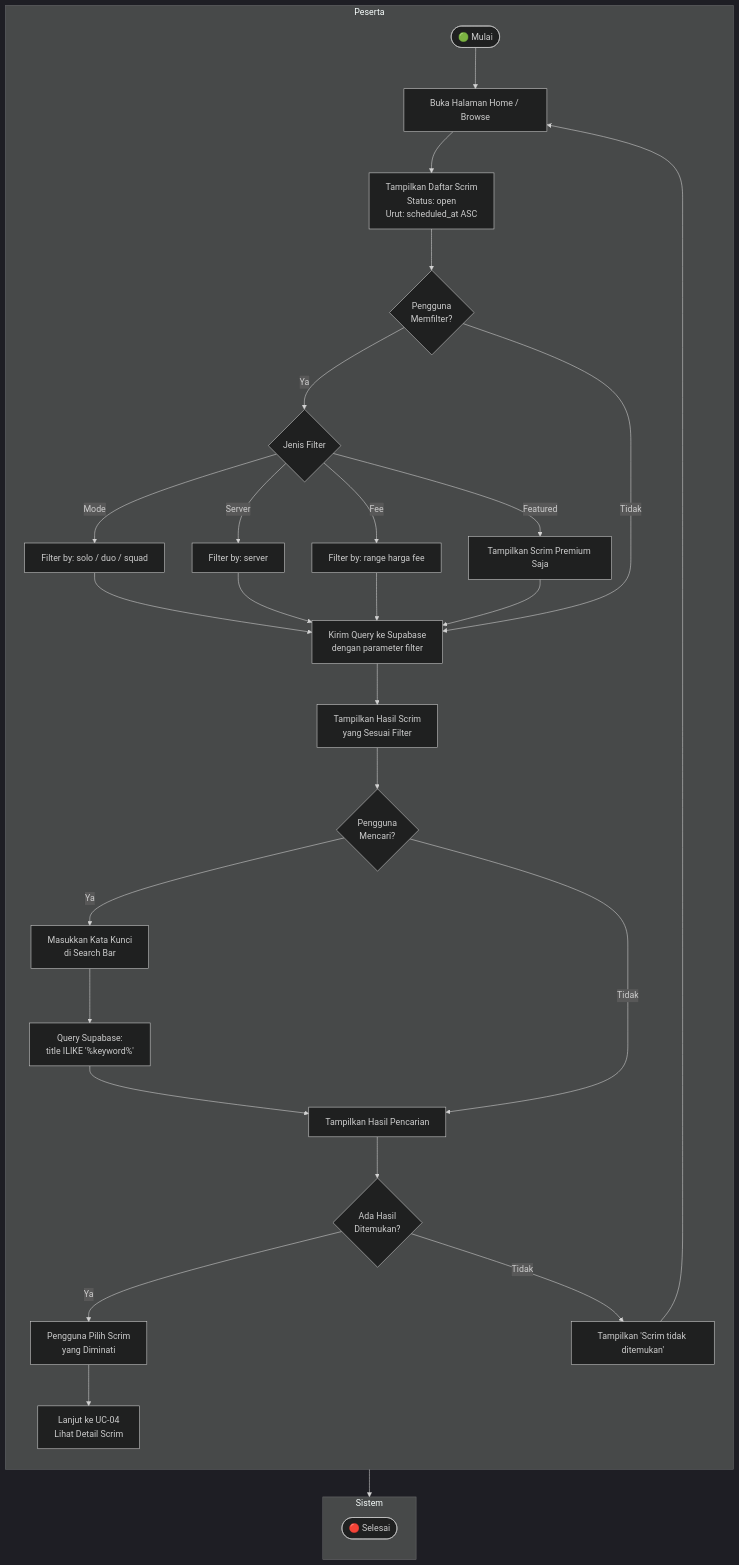
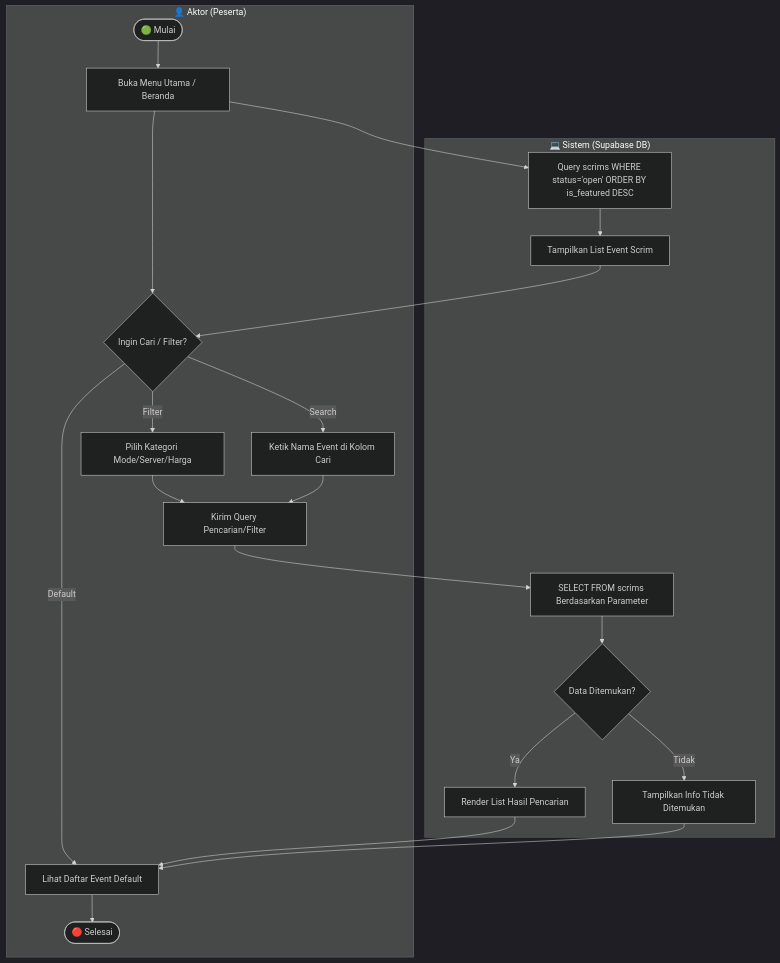
The fourth of 43 diagrams in DOKUMENTASI.md (yosima050/booyahhub), drawn with Mermaid (dark theme) before and after one commit. The commit also changed other lines of this file, not shown here.

````diff
--- a/DOKUMENTASI.md
+++ b/DOKUMENTASI.md
@@ -263,32 +216,21 @@
 ```mermaid
 flowchart TD
-    subgraph Peserta
-        direction TB
-        A([🟢 Mulai]) --> B[Buka Halaman Home / Browse]
-        C --> D{Pengguna<br/>Memfilter?}
-        D -->|Ya| E{Jenis Filter}
-        E -->|Mode| F[Filter by: solo / duo / squad]
-        E -->|Server| G[Filter by: server]
-        E -->|Fee| H[Filter by: range harga fee]
-        E -->|Featured| I[Tampilkan Scrim Premium Saja]
-        F & G & H & I --> J
-        D -->|Tidak| J
-        K --> L{Pengguna<br/>Mencari?}
-        L -->|Ya| M[Masukkan Kata Kunci<br/>di Search Bar]
-        M --> N
-        L -->|Tidak| O
-        O --> P{Ada Hasil<br/>Ditemukan?}
-        Q --> B
-        P -->|Ya| R[Pengguna Pilih Scrim<br/>yang Diminati]
-        R --> S[Lanjut ke UC-04<br/>Lihat Detail Scrim]
+    subgraph Aktor ["👤 Aktor (Peserta)"]
+        C1([🟢 Mulai]) --> C2[Buka Menu Utama / Beranda]
+        C2 --> C3{Ingin Cari / Filter?}
+        C3 -->|Filter| C4[Pilih Kategori Mode/Server/Harga]
+        C3 -->|Search| C5[Ketik Nama Event di Kolom Cari]
+        C3 -->|Default| C6[Lihat Daftar Event Default]
+        C4 & C5 --> C7[Kirim Query Pencarian/Filter]
+        C6 --> C8([🔴 Selesai])
     end
 
-    subgraph Sistem
-        direction TB
-        B --> C[Tampilkan Daftar Scrim<br/>Status: open<br/>Urut: scheduled_at ASC]
-        J[Kirim Query ke Supabase<br/>dengan parameter filter] --> K[Tampilkan Hasil Scrim<br/>yang Sesuai Filter]
-        N[Query Supabase:<br/>title ILIKE '%keyword%'] --> O[Tampilkan Hasil Pencarian]
-        P -->|Tidak| Q[Tampilkan 'Scrim tidak ditemukan']
-        S --> T([🔴 Selesai])
+    subgraph Sistem ["💻 Sistem (Supabase DB)"]
+        C2 --> S1[Query scrims WHERE status='open' ORDER BY is_featured DESC]
+        S1 --> S2[Tampilkan List Event Scrim] --> C3
+        C7 --> S3[SELECT FROM scrims Berdasarkan Parameter]
+        S3 --> S4{Data Ditemukan?}
+        S4 -->|Ya| S5[Render List Hasil Pencarian] --> C6
+        S4 -->|Tidak| S6[Tampilkan Info Tidak Ditemukan] --> C6
     end
 ```
````
